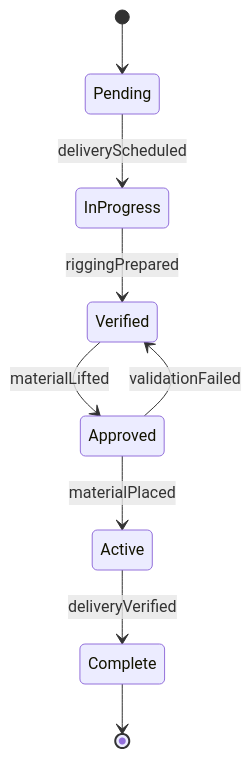
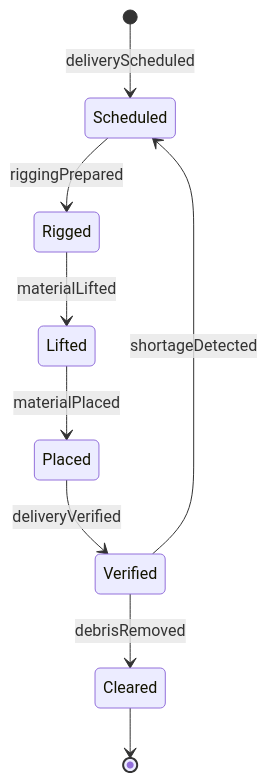
One commit to dot-org-ai/tasks.org.ai changed the second of 4 diagrams in HandlingAndMovingObjects/HandleBaggageOrCargo/LoadUnloadMaterials.mdx. Above: the diagram before and after it, drawn with Mermaid. The commit also changed other lines of this file and 515 other files, not shown here.

````diff
--- a/HandlingAndMovingObjects/HandleBaggageOrCargo/LoadUnloadMaterials.mdx
+++ b/HandlingAndMovingObjects/HandleBaggageOrCargo/LoadUnloadMaterials.mdx
@@ -99,11 +100,11 @@
 ```mermaid
 stateDiagram-v2
-    [*] --> Pending
-    Pending --> InProgress : deliveryScheduled
-    InProgress --> Verified : riggingPrepared
-    Verified --> Approved : materialLifted
-    Approved --> Active : materialPlaced
-    Active --> Complete : deliveryVerified
-    Approved --> Verified : validationFailed
-    Complete --> [*]
+    [*] --> Scheduled : deliveryScheduled
+    Scheduled --> Rigged : riggingPrepared
+    Rigged --> Lifted : materialLifted
+    Lifted --> Placed : materialPlaced
+    Placed --> Verified : deliveryVerified
+    Verified --> Cleared : debrisRemoved
+    Verified --> Scheduled : shortageDetected
+    Cleared --> [*]
 ```
````
